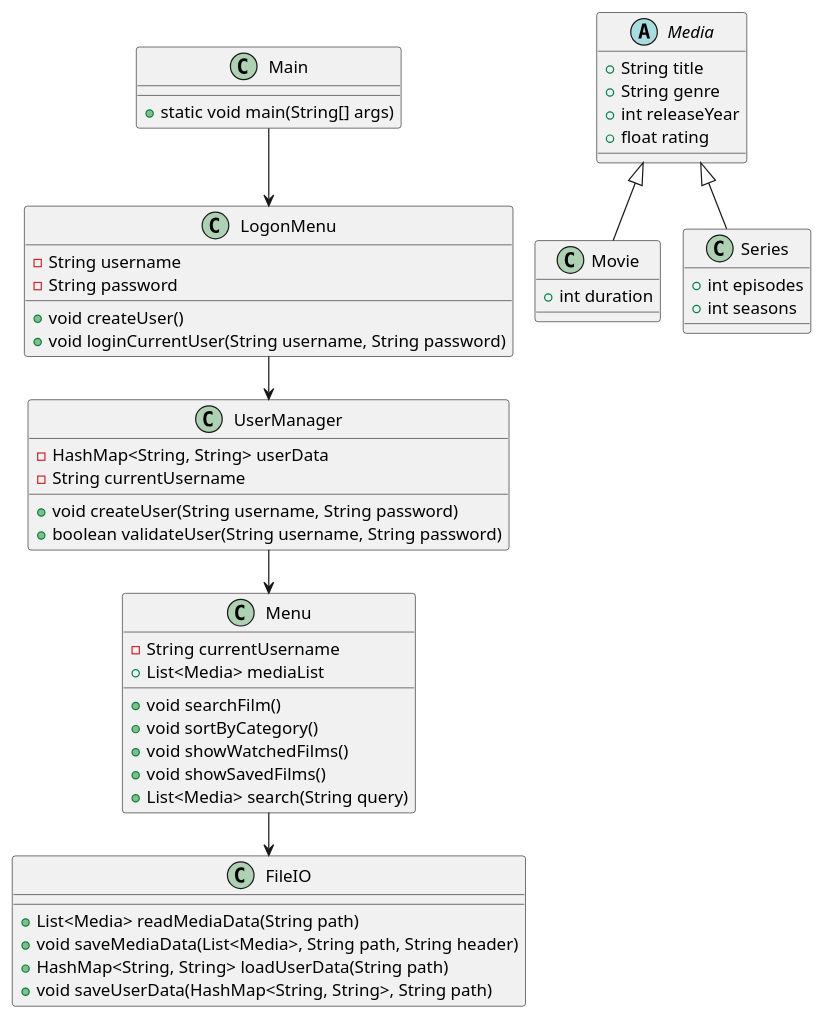
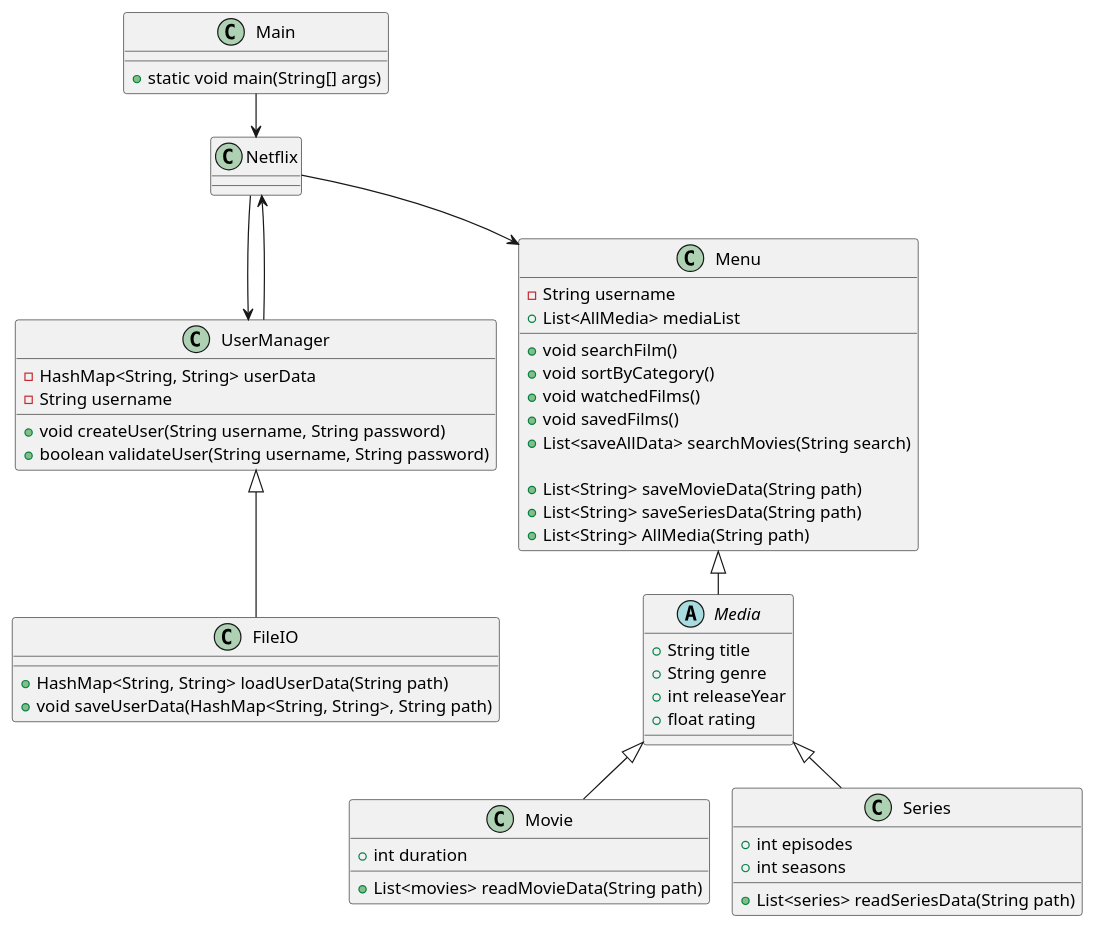
The diagram in doc/classDiagram/classDiagram.puml (MarcusPFF/SP3-StreamingServiceProject), drawn with PlantUML before and after one commit.

Commit message:
updates to classDiagram.puml

```diff
--- a/doc/classDiagram/classDiagram.puml
+++ b/doc/classDiagram/classDiagram.puml
@@ -1,65 +1,69 @@
 @startuml
 !pragma layout smetana
 
 class Main {
     + static void main(String[] args)
 }
-Main --> LogonMenu
 
-class LogonMenu {
-    - String username
-    - String password
+Main --> Netflix
 
-    + void createUser()
-    + void loginCurrentUser(String username, String password)
+class Netflix {
+
 }
 
-LogonMenu --> UserManager
+Netflix --> UserManager
+UserManager --> Netflix
+
+
 
 class UserManager {
     - HashMap<String, String> userData
-    - String currentUsername
+    - String username
 
     + void createUser(String username, String password)
     + boolean validateUser(String username, String password)
 }
 
-UserManager --> Menu
+Netflix --> Menu
 
 class Menu {
-    - String currentUsername
-    + List<Media> mediaList
+    - String username
+    + List<AllMedia> mediaList
 
     + void searchFilm()
     + void sortByCategory()
-    + void showWatchedFilms()
-    + void showSavedFilms()
-    + List<Media> search(String query)
+    + void watchedFilms()
+    + void savedFilms()
+    + List<saveAllData> searchMovies(String search)
+
+    + List<String> saveMovieData(String path)
+    + List<String> saveSeriesData(String path)
+    + List<String> AllMedia(String path)
 }
 
-Menu --> FileIO
+class FileIO extends UserManager {
 
-class FileIO {
-    + List<Media> readMediaData(String path)
-    + void saveMediaData(List<Media>, String path, String header)
     + HashMap<String, String> loadUserData(String path)
     + void saveUserData(HashMap<String, String>, String path)
 }
 
-abstract class Media {
+abstract class Media extends Menu {
     + String title
     + String genre
     + int releaseYear
     + float rating
 
+
 }
 
 class Movie extends Media {
     + int duration
+    + List<movies> readMovieData(String path)
 }
 
 class Series extends Media {
     + int episodes
     + int seasons
+    + List<series> readSeriesData(String path)
 }
 @enduml
```
